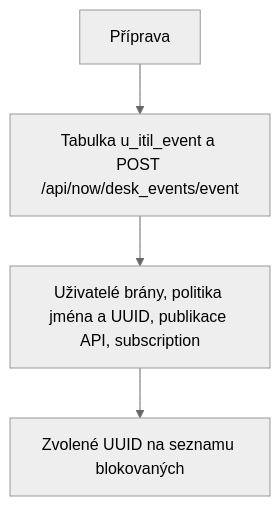
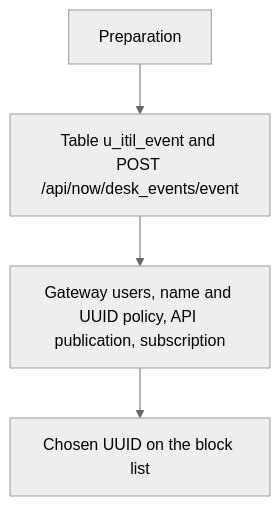
One commit to matpet00/Demo_project changed the fifth of 5 diagrams in FLOW.md. Above: the diagram before and after it, drawn with Mermaid (neutral theme). The commit also changed other lines of this file, not shown here.

First line of the commit message:
Write the flow document in English and show additional_info as an object.

````diff
--- a/FLOW.md
+++ b/FLOW.md
@@ -220,6 +223,6 @@
 ```mermaid
 flowchart TD
-    start[Příprava] --> snow["Tabulka u_itil_event a POST /api/now/desk_events/event"]
-    snow --> gate["Uživatelé brány, politika jména a UUID, publikace API, subscription"]
-    gate --> block["Zvolené UUID na seznamu blokovaných"]
+    start[Preparation] --> snow["Table u_itil_event and POST /api/now/desk_events/event"]
+    snow --> gate["Gateway users, name and UUID policy, API publication, subscription"]
+    gate --> block["Chosen UUID on the block list"]
 ```
````
